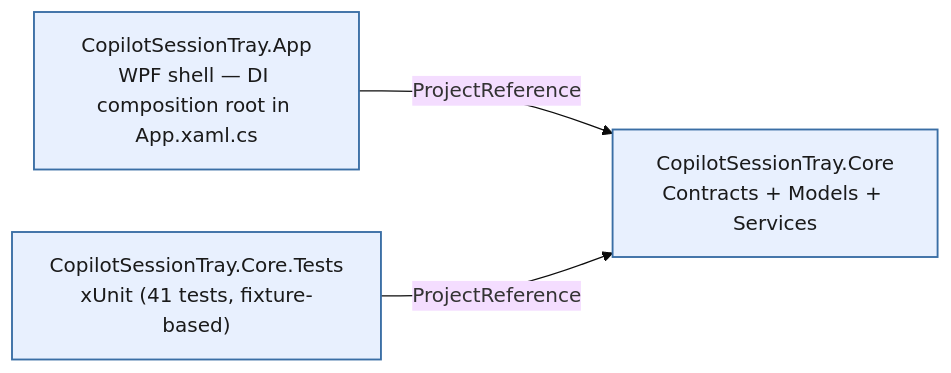
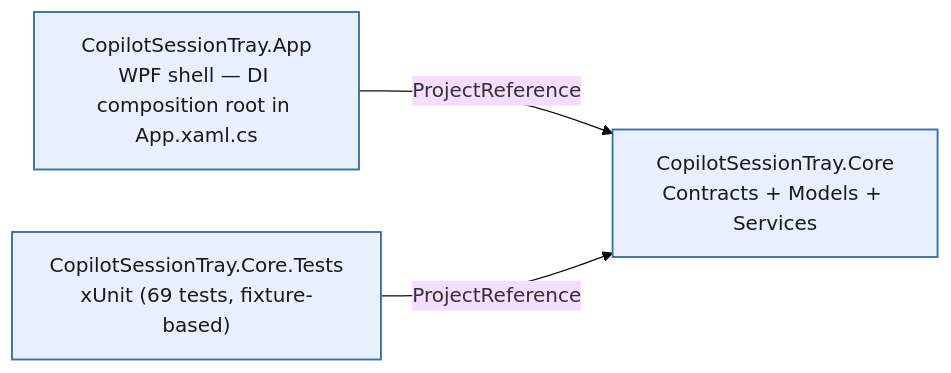
One commit to hyw007726/CopilotSessionTray changed the first of 2 diagrams in ARCHITECTURE.md. Above: the diagram before and after it, drawn with Mermaid (base theme). The commit also changed other lines of this file and 14 other files, not shown here.

````diff
--- a/ARCHITECTURE.md
+++ b/ARCHITECTURE.md
@@ -12,12 +12,12 @@
 ```mermaid
 flowchart LR
     Core["CopilotSessionTray.Core<br/>Contracts + Models + Services"]
     App["CopilotSessionTray.App<br/>WPF shell — DI composition root in App.xaml.cs"]
-    Tests["CopilotSessionTray.Core.Tests<br/>xUnit (41 tests, fixture-based)"]
+    Tests["CopilotSessionTray.Core.Tests<br/>xUnit (69 tests, fixture-based)"]
 
     App -->|ProjectReference| Core
     Tests -->|ProjectReference| Core
 
     classDef proj fill:#E8F0FE,stroke:#3A6EA5,stroke-width:1.5px,color:#1a1a1a
     class Core,App,Tests proj
 ```
````
